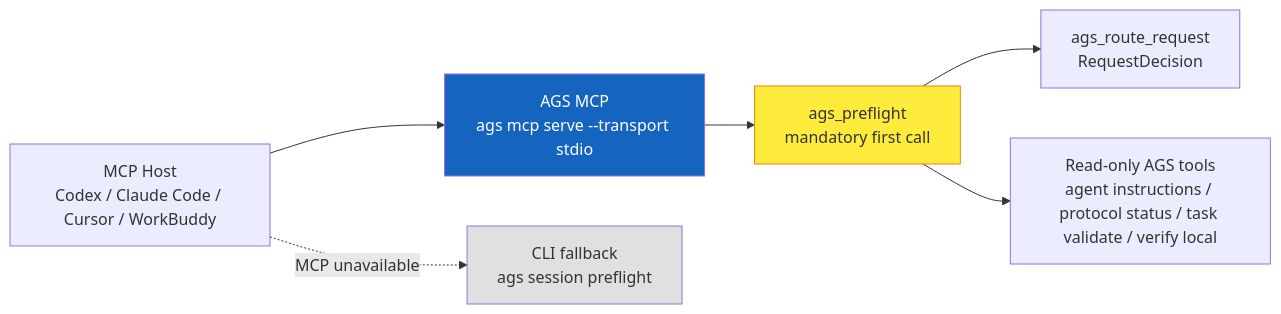
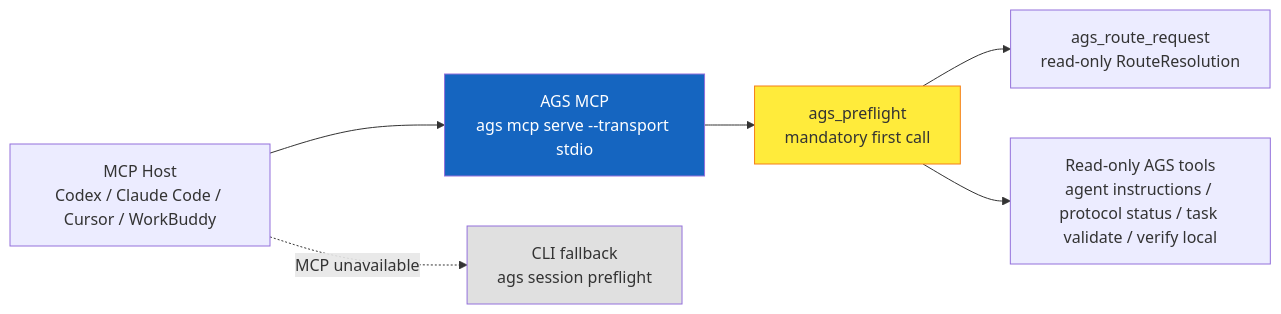
One commit to FernandeZ-hjm/Agent-General-Staff changed the third of 5 diagrams in docs/architecture.md. Above: the diagram before and after it, drawn with Mermaid. The commit also changed other lines of this file and 5 other files, not shown here.

Commit message:
docs: align public architecture with 0.3

````diff
--- a/docs/architecture.md
+++ b/docs/architecture.md
@@ -144,19 +144,19 @@
 ```mermaid
 flowchart LR
     HOST[MCP Host<br/>Codex / Claude Code / Cursor / WorkBuddy]
     AGSMCP[AGS MCP<br/>ags mcp serve --transport stdio]
     PREFLIGHT[ags_preflight<br/>mandatory first call]
-    ROUTE[ags_route_request<br/>RequestDecision]
+    ROUTE[ags_route_request<br/>read-only RouteResolution]
     TOOLS[Read-only AGS tools<br/>agent instructions / protocol status / task validate / verify local]
     CLI[CLI fallback<br/>ags session preflight]
 
     HOST --> AGSMCP
     AGSMCP --> PREFLIGHT
     PREFLIGHT --> ROUTE
     PREFLIGHT --> TOOLS
     HOST -. MCP unavailable .-> CLI
 
     style AGSMCP fill:#1565c0,color:#fff
     style PREFLIGHT fill:#ffeb3b,stroke:#f57f17
     style CLI fill:#e0e0e0
 ```
````
